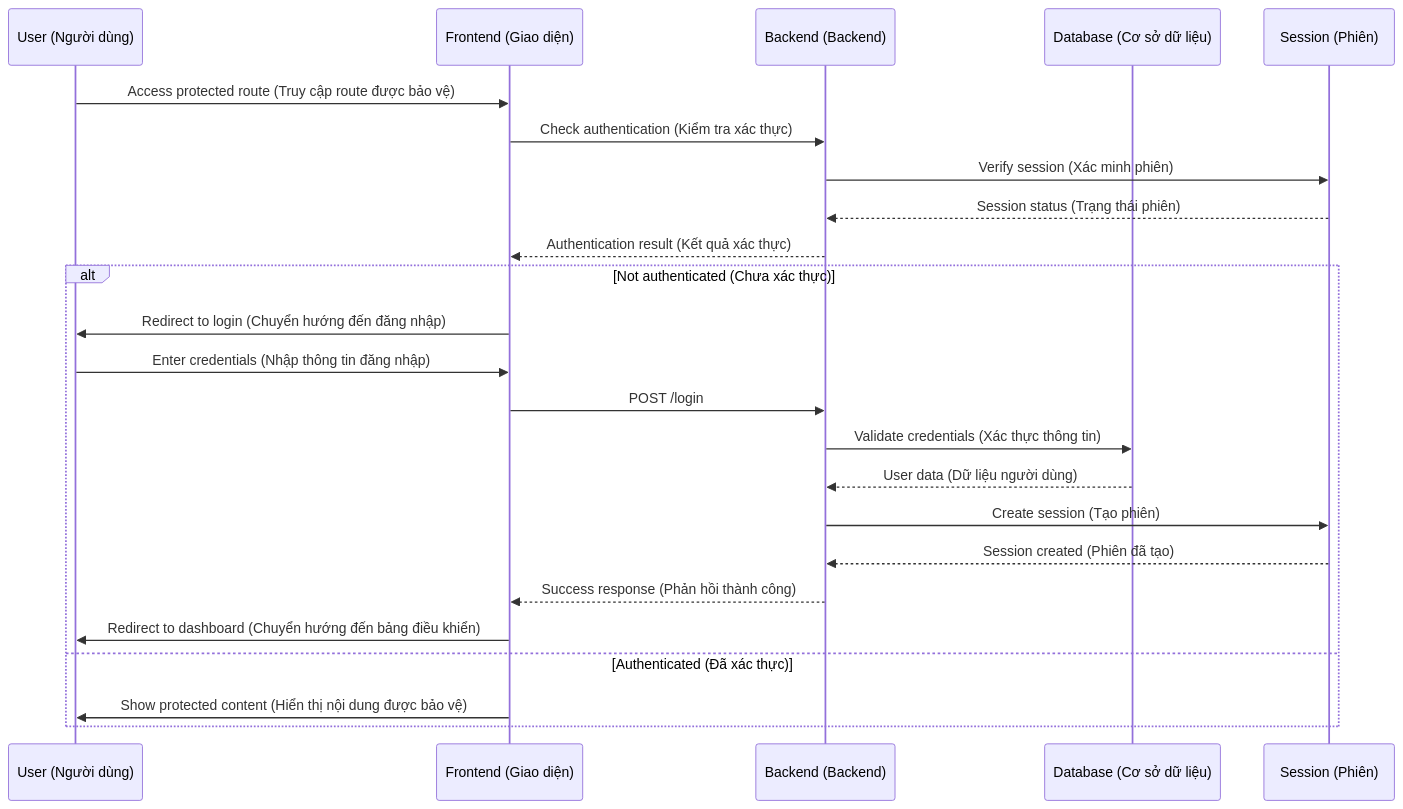
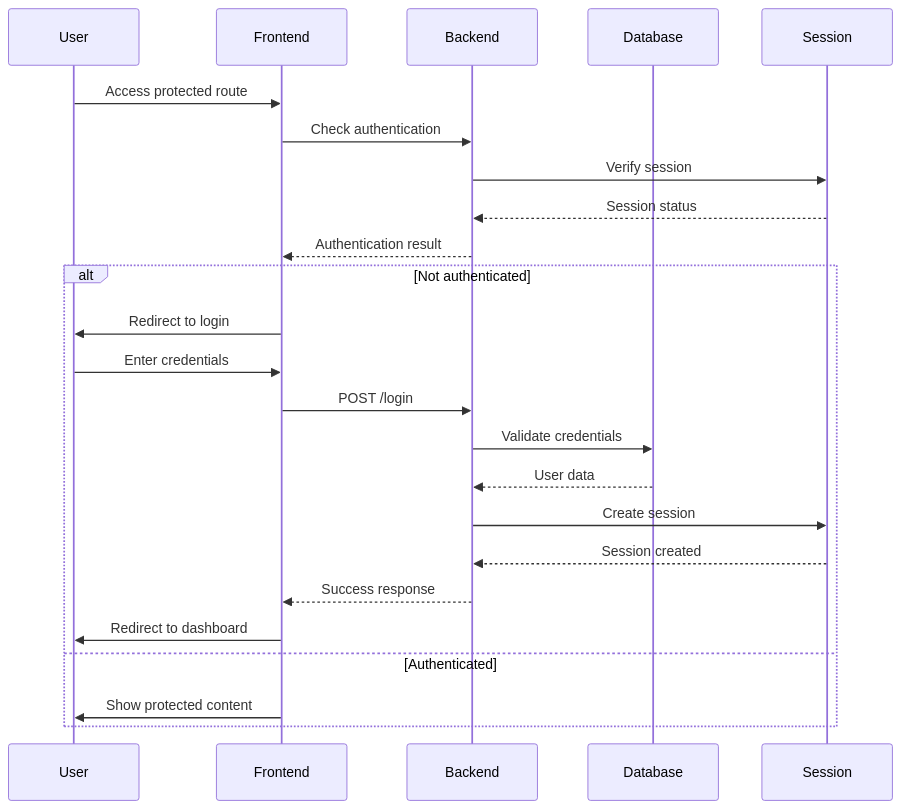
Before and after one commit to tamnguyen0K/voucher-management-system: the fifth of 8 diagrams in docs/system-architecture.md, drawn with Mermaid. The commit also changed other lines of this file, not shown here.

Commit message:
Fix Mermaid diagram syntax - remove Vietnamese characters causing parse errors

````diff
--- a/docs/system-architecture.md
+++ b/docs/system-architecture.md
@@ -175,28 +175,28 @@
 ```mermaid
 sequenceDiagram
-    participant U as User (Người dùng)
-    participant F as Frontend (Giao diện)
-    participant B as Backend (Backend)
-    participant D as Database (Cơ sở dữ liệu)
-    participant S as Session (Phiên)
+    participant U as User
+    participant F as Frontend
+    participant B as Backend
+    participant D as Database
+    participant S as Session
     
-    U->>F: Access protected route (Truy cập route được bảo vệ)
-    F->>B: Check authentication (Kiểm tra xác thực)
-    B->>S: Verify session (Xác minh phiên)
-    S-->>B: Session status (Trạng thái phiên)
-    B-->>F: Authentication result (Kết quả xác thực)
+    U->>F: Access protected route
+    F->>B: Check authentication
+    B->>S: Verify session
+    S-->>B: Session status
+    B-->>F: Authentication result
     
-    alt Not authenticated (Chưa xác thực)
-        F->>U: Redirect to login (Chuyển hướng đến đăng nhập)
-        U->>F: Enter credentials (Nhập thông tin đăng nhập)
+    alt Not authenticated
+        F->>U: Redirect to login
+        U->>F: Enter credentials
         F->>B: POST /login
-        B->>D: Validate credentials (Xác thực thông tin)
-        D-->>B: User data (Dữ liệu người dùng)
-        B->>S: Create session (Tạo phiên)
-        S-->>B: Session created (Phiên đã tạo)
-        B-->>F: Success response (Phản hồi thành công)
-        F->>U: Redirect to dashboard (Chuyển hướng đến bảng điều khiển)
-    else Authenticated (Đã xác thực)
-        F->>U: Show protected content (Hiển thị nội dung được bảo vệ)
+        B->>D: Validate credentials
+        D-->>B: User data
+        B->>S: Create session
+        S-->>B: Session created
+        B-->>F: Success response
+        F->>U: Redirect to dashboard
+    else Authenticated
+        F->>U: Show protected content
     end
 ```
````
